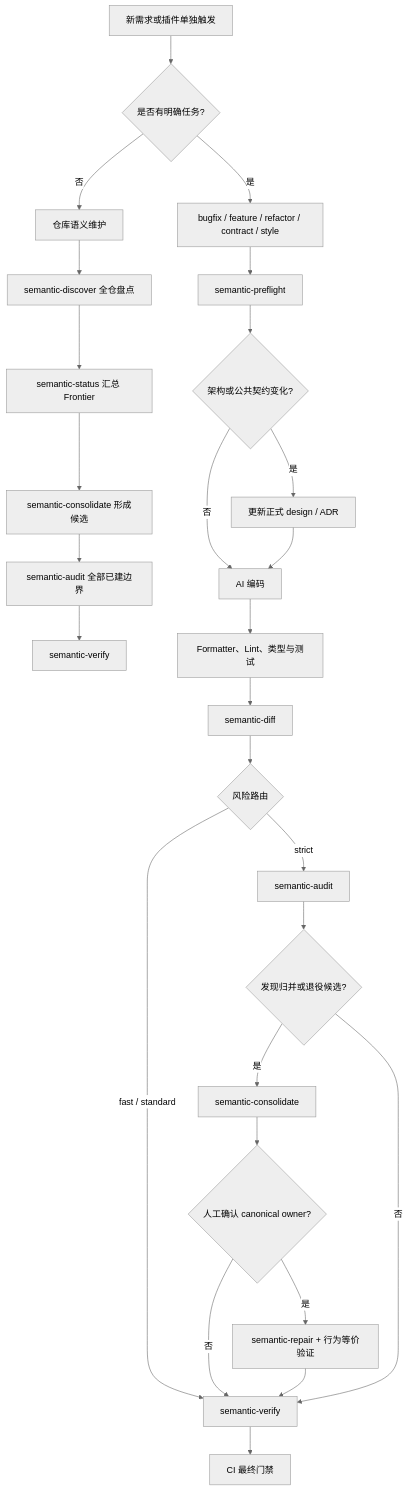
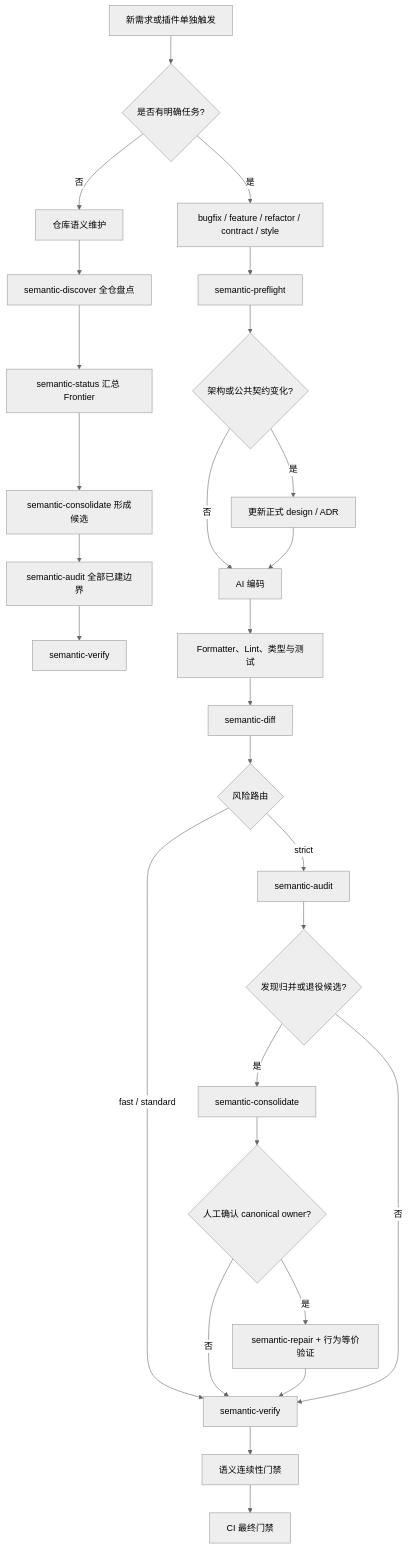
Before and after one commit to EchoYue-lp/echo-semantic: the second of 2 diagrams in README.md, drawn with Mermaid (neutral theme). The commit also changed other lines of this file and 39 other files, not shown here.

Commit message:
feat: add semantic continuity gate

````diff
--- a/README.md
+++ b/README.md
@@ -78,29 +80,30 @@
 ```mermaid
 flowchart TD
   Request[新需求或插件单独触发] --> Scope{是否有明确任务?}
   Scope -- 否 --> Maintenance[仓库语义维护]
   Scope -- 是 --> Classify[bugfix / feature / refactor / contract / style]
   Classify --> Preflight[semantic-preflight]
   Maintenance --> DiscoverAll[semantic-discover 全仓盘点]
   DiscoverAll --> StatusAll[semantic-status 汇总 Frontier]
   StatusAll --> ConsolidateAll[semantic-consolidate 形成候选]
   ConsolidateAll --> AuditAll[semantic-audit 全部已建边界]
   AuditAll --> VerifyAll[semantic-verify]
   Preflight --> DesignGate{架构或公共契约变化?}
   DesignGate -- 是 --> Authority[更新正式 design / ADR]
   DesignGate -- 否 --> Coding[AI 编码]
   Authority --> Coding
   Coding --> Engineering[Formatter、Lint、类型与测试]
   Engineering --> Diff[semantic-diff]
   Diff --> Risk{风险路由}
   Risk -- fast / standard --> Verify[semantic-verify]
   Risk -- strict --> Audit[semantic-audit]
   Audit --> Candidate{发现归并或退役候选?}
   Candidate -- 是 --> Consolidate[semantic-consolidate]
   Consolidate --> Decision{人工确认 canonical owner?}
   Decision -- 是 --> Repair[semantic-repair + 行为等价验证]
   Decision -- 否 --> Verify
   Repair --> Verify
   Candidate -- 否 --> Verify
-  Verify --> CI[CI 最终门禁]
+  Verify --> ContinuityGate[语义连续性门禁]
+  ContinuityGate --> CI[CI 最终门禁]
 ```
````
